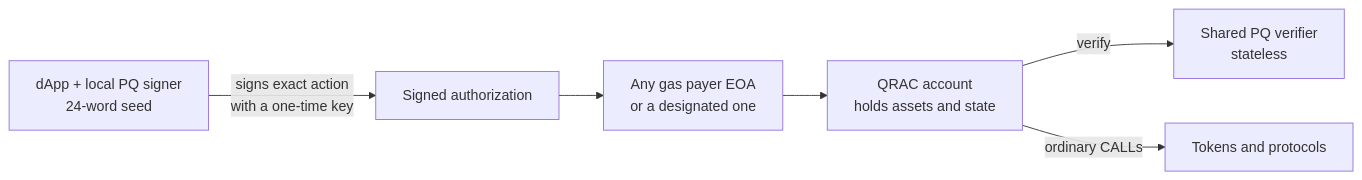
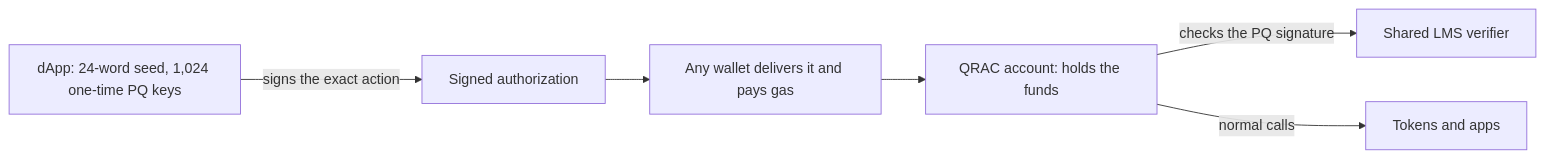
The diagram in README.md (ariutokintumi/QRAC), drawn with Mermaid before and after one commit. The commit also changed other lines of this file and 11 other files, not shown here.

````diff
--- a/README.md
+++ b/README.md
@@ -21,8 +23,8 @@
 ```mermaid
 flowchart LR
-  U[dApp + local PQ signer<br/>24-word seed] -->|signs exact action<br/>with a one-time key| A[Signed authorization]
-  A --> G[Any gas payer EOA<br/>or a designated one]
-  G --> C[QRAC account<br/>holds assets and state]
-  C -->|verify| V[Shared PQ verifier<br/>stateless]
-  C -->|ordinary CALLs| P[Tokens and protocols]
+  U[dApp: 24-word seed, 1,024 one-time PQ keys] -->|signs the exact action| A[Signed authorization]
+  A --> G[Any wallet delivers it and pays gas]
+  G --> C[QRAC account: holds the funds]
+  C -->|checks the PQ signature| V[Shared LMS verifier]
+  C -->|normal calls| P[Tokens and apps]
 ```
````
